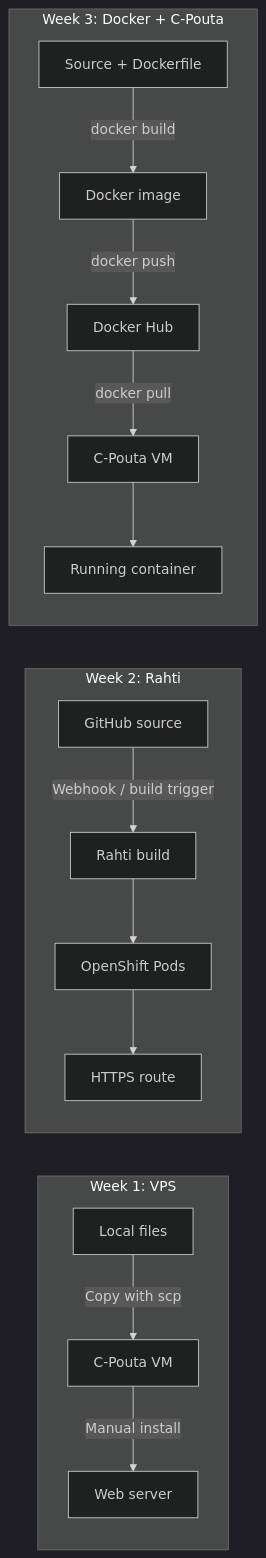
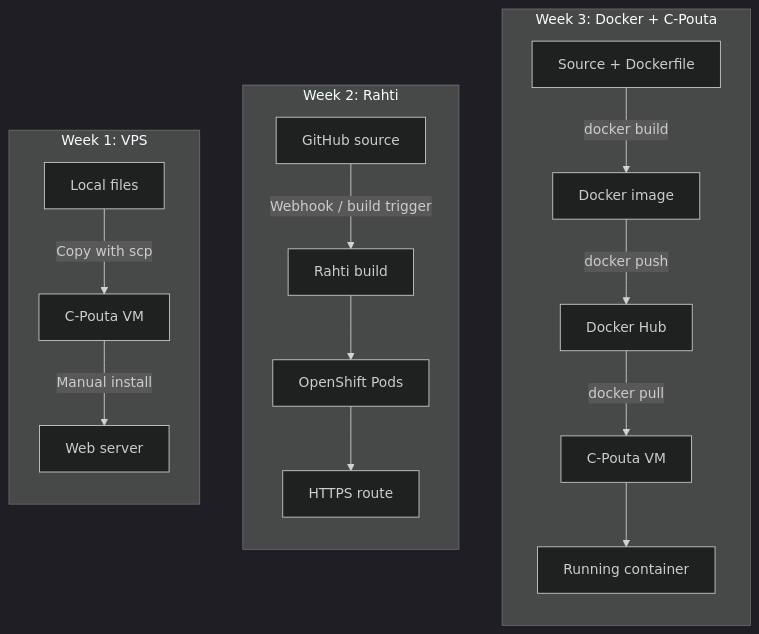
Before and after one commit to Jess-Xu123/cloud-services-2026: the first of 2 diagrams in Week3-Docker-CPouta.md, drawn with Mermaid (dark theme).

Commit message:
adjust flow chart

````diff
--- a/Week3-Docker-CPouta.md
+++ b/Week3-Docker-CPouta.md
@@ -40,20 +40,26 @@
 ```mermaid
 flowchart LR
     subgraph W1["Week 1: VPS"]
+      direction TB
         W1A[Local files] -->|Copy with scp| W1B[C-Pouta VM]
         W1B -->|Manual install| W1C[Web server]
     end
 
     subgraph W2["Week 2: Rahti"]
+      direction TB
         W2A[GitHub source] -->|Webhook / build trigger| W2B[Rahti build]
         W2B --> W2C[OpenShift Pods]
         W2C --> W2D[HTTPS route]
     end
 
     subgraph W3["Week 3: Docker + C-Pouta"]
+      direction TB
         W3A[Source + Dockerfile] -->|docker build| W3B[Docker image]
         W3B -->|docker push| W3C[Docker Hub]
         W3C -->|docker pull| W3D[C-Pouta VM]
         W3D --> W3E[Running container]
     end
+
+    W1 ~~~ W2
+    W2 ~~~ W3
 ```
````
